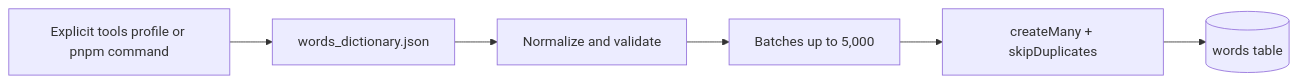
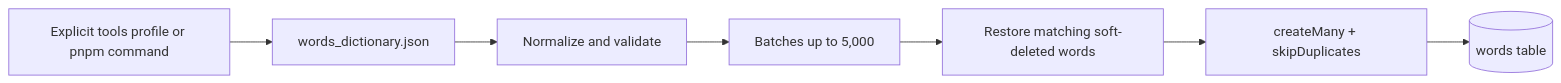
The fourth of 4 diagrams in docs/architecture.md (C4BRALL/english-dictionary-api), drawn with Mermaid before and after one commit. The commit also changed other lines of this file and 2 other files, not shown here.

Commit message:
docs: define uuid and soft delete policy

````diff
--- a/docs/architecture.md
+++ b/docs/architecture.md
@@ -91,11 +94,12 @@
 ```mermaid
 flowchart LR
   Command["Explicit tools profile or pnpm command"]
   Source["words_dictionary.json"]
   Validate["Normalize and validate"]
   Batch["Batches up to 5,000"]
+  Restore["Restore matching soft-deleted words"]
   Insert["createMany + skipDuplicates"]
   Words[("words table")]
 
-  Command --> Source --> Validate --> Batch --> Insert --> Words
+  Command --> Source --> Validate --> Batch --> Restore --> Insert --> Words
 ```
````
